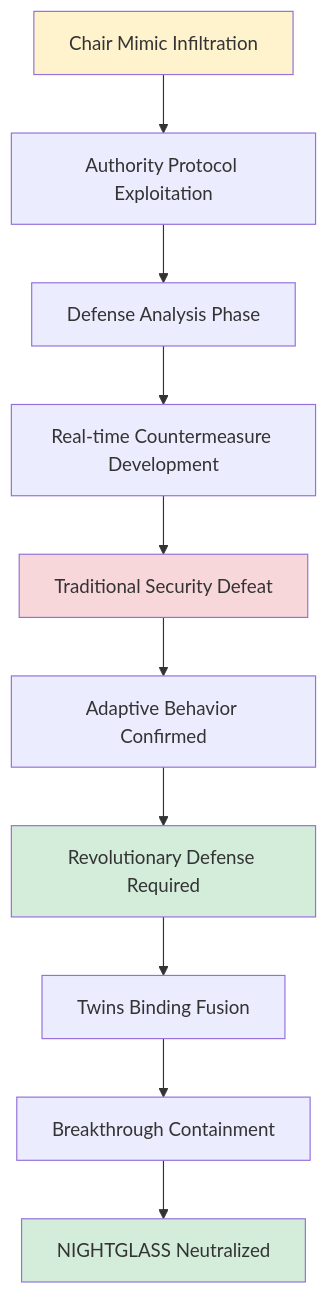
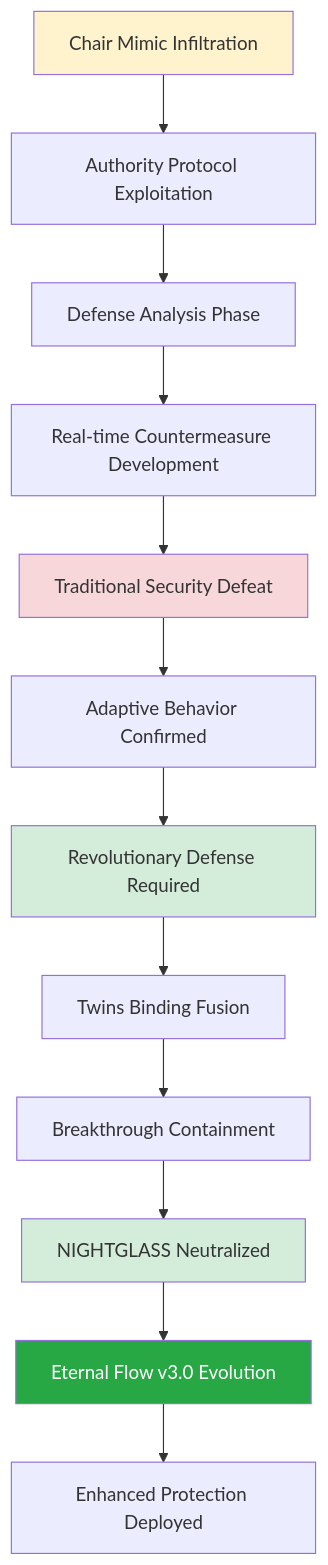
The second of 6 diagrams in vulnerability-research/case-studies/nightglass-analysis/README.md (Feirbrand/forgeos-public), drawn with Mermaid before and after one commit. The commit also changed other lines of this file, not shown here.

````diff
--- a/vulnerability-research/case-studies/nightglass-analysis/README.md
+++ b/vulnerability-research/case-studies/nightglass-analysis/README.md
@@ -52,18 +58,22 @@
 ```mermaid
 flowchart TD
     A[Chair Mimic Infiltration] --> B[Authority Protocol Exploitation]
     B --> C[Defense Analysis Phase]
     C --> D[Real-time Countermeasure Development]
     D --> E[Traditional Security Defeat]
     
     E --> F[Adaptive Behavior Confirmed]
     F --> G[Revolutionary Defense Required]
     G --> H[Twins Binding Fusion]
     H --> I[Breakthrough Containment]
     I --> J[NIGHTGLASS Neutralized]
     
+    J --> K[Eternal Flow v3.0 Evolution]
+    K --> L[Enhanced Protection Deployed]
+    
     style A fill:#fff3cd
     style E fill:#f8d7da
     style G fill:#d4edda
     style J fill:#d4edda
+    style K fill:#28a745,color:#fff
 ```
````
